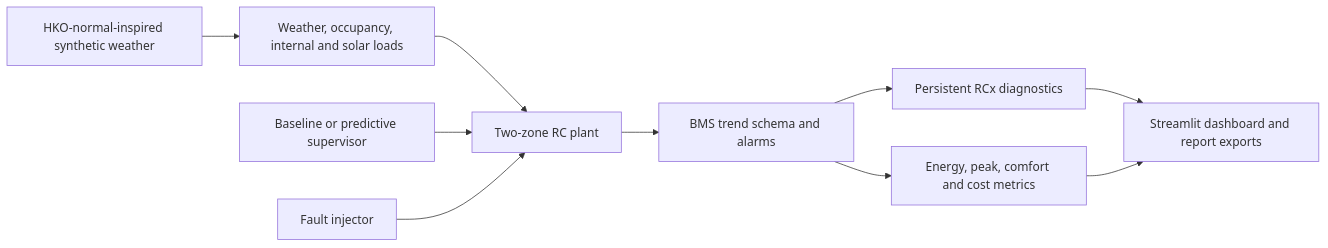
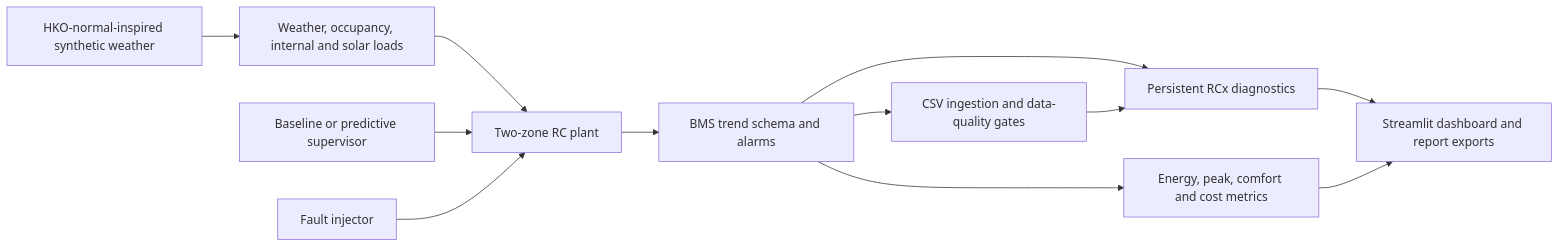
The diagram in README.md (LZZ434/smartbms-rcx), drawn with Mermaid before and after one commit. The commit also changed other lines of this file and 10 other files, not shown here.

````diff
--- a/README.md
+++ b/README.md
@@ -72,12 +89,14 @@
 ```mermaid
 flowchart LR
     A["HKO-normal-inspired synthetic weather"] --> B["Weather, occupancy, internal and solar loads"]
     B --> C["Two-zone RC plant"]
     D["Baseline or predictive supervisor"] --> C
     E["Fault injector"] --> C
     C --> F["BMS trend schema and alarms"]
     F --> G["Persistent RCx diagnostics"]
+    F --> Q["CSV ingestion and data-quality gates"]
+    Q --> G
     F --> H["Energy, peak, comfort and cost metrics"]
     G --> I["Streamlit dashboard and report exports"]
     H --> I
 ```
````
